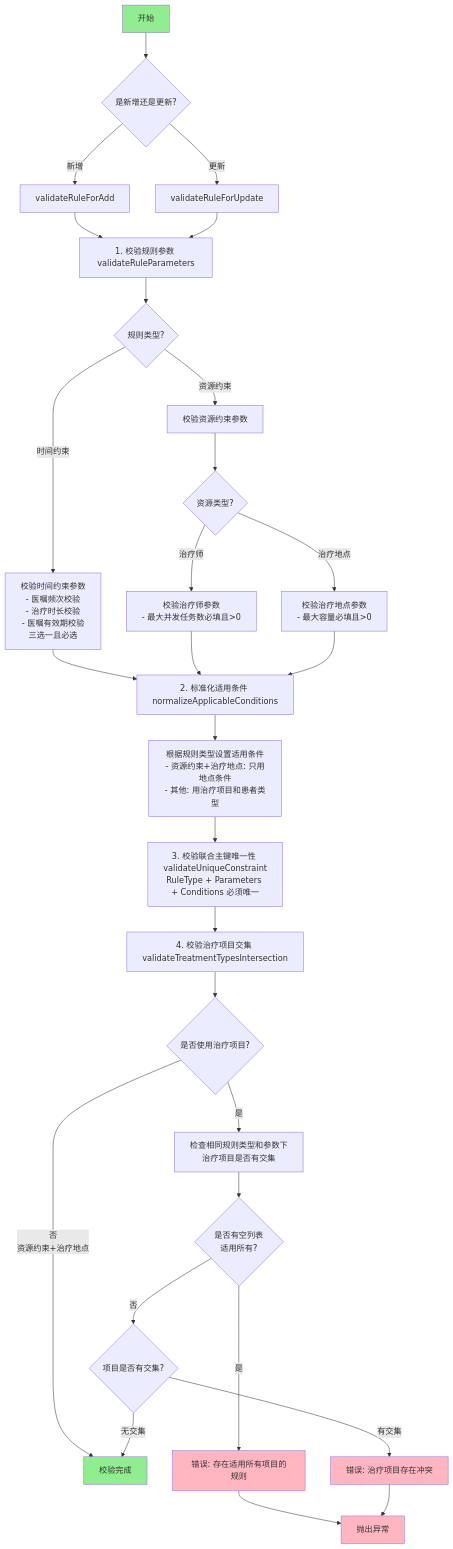
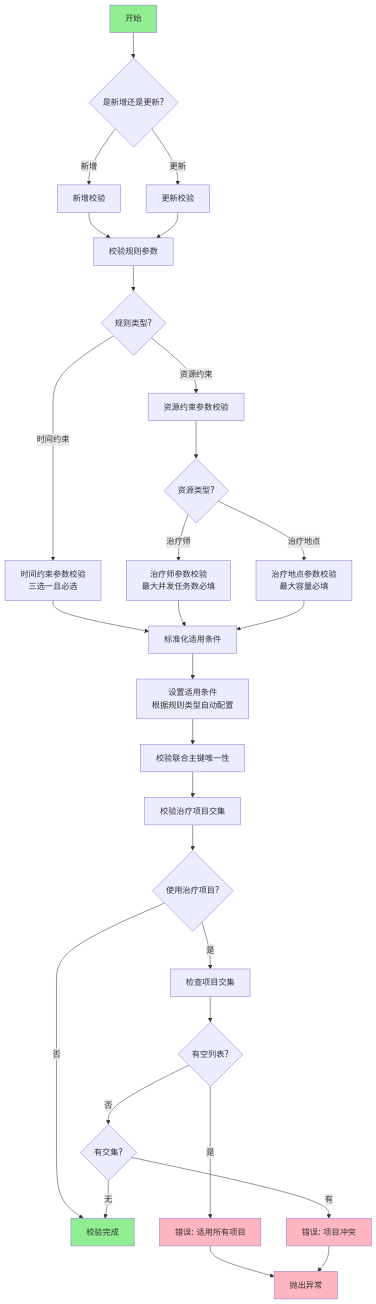
Before and after one commit to lplcccc/nextjs-boilerplate: the diagram in README.md, drawn with Mermaid.

````diff
--- a/README.md
+++ b/README.md
@@ -11,51 +11,51 @@
 ```mermaid
 graph TB
     Start[开始] --> CheckOperation{是新增还是更新?}
     
-    CheckOperation -->|新增| AddValidation[validateRuleForAdd]
-    CheckOperation -->|更新| UpdateValidation[validateRuleForUpdate]
+    CheckOperation -->|新增| AddValidation[新增校验]
+    CheckOperation -->|更新| UpdateValidation[更新校验]
     
-    AddValidation --> Step1[1. 校验规则参数 validateRuleParameters]
+    AddValidation --> Step1[校验规则参数]
     UpdateValidation --> Step1
     
     Step1 --> CheckRuleType{规则类型?}
     
-    CheckRuleType -->|时间约束| TimeValidation[校验时间约束参数<br/>- 医嘱频次校验<br/>- 治疗时长校验<br/>- 医嘱有效期校验<br/>三选一且必选]
+    CheckRuleType -->|时间约束| TimeValidation[时间约束参数校验<br/>三选一且必选]
     
-    CheckRuleType -->|资源约束| ResourceValidation[校验资源约束参数]
+    CheckRuleType -->|资源约束| ResourceValidation[资源约束参数校验]
     
     ResourceValidation --> CheckResourceType{资源类型?}
-    CheckResourceType -->|治疗师| TherapistValidation[校验治疗师参数<br/>- 最大并发任务数必填且>0]
-    CheckResourceType -->|治疗地点| LocationValidation[校验治疗地点参数<br/>- 最大容量必填且>0]
+    CheckResourceType -->|治疗师| TherapistValidation[治疗师参数校验<br/>最大并发任务数必填]
+    CheckResourceType -->|治疗地点| LocationValidation[治疗地点参数校验<br/>最大容量必填]
     
-    TimeValidation --> Step2[2. 标准化适用条件 normalizeApplicableConditions]
+    TimeValidation --> Step2[标准化适用条件]
     TherapistValidation --> Step2
     LocationValidation --> Step2
     
-    Step2 --> NormalizeConditions[根据规则类型设置适用条件<br/>- 资源约束+治疗地点: 只用地点条件<br/>- 其他: 用治疗项目和患者类型]
+    Step2 --> NormalizeConditions[设置适用条件<br/>根据规则类型自动配置]
     
-    NormalizeConditions --> Step3[3. 校验联合主键唯一性 validateUniqueConstraint<br/>RuleType + Parameters + Conditions 必须唯一]
+    NormalizeConditions --> Step3[校验联合主键唯一性]
     
-    Step3 --> Step4[4. 校验治疗项目交集 validateTreatmentTypesIntersection]
+    Step3 --> Step4[校验治疗项目交集]
     
-    Step4 --> CheckUseTreatment{是否使用治疗项目?}
+    Step4 --> CheckUseTreatment{使用治疗项目?}
     
-    CheckUseTreatment -->|否<br/>资源约束+治疗地点| End[校验完成]
-    CheckUseTreatment -->|是| CheckIntersection[检查相同规则类型和参数下<br/>治疗项目是否有交集]
+    CheckUseTreatment -->|否| End[校验完成]
+    CheckUseTreatment -->|是| CheckIntersection[检查项目交集]
     
-    CheckIntersection --> CheckEmpty{是否有空列表<br/>适用所有?}
-    CheckEmpty -->|是| Error1[错误: 存在适用所有项目的规则]
-    CheckEmpty -->|否| CheckOverlap{项目是否有交集?}
+    CheckIntersection --> CheckEmpty{有空列表?}
+    CheckEmpty -->|是| Error1[错误: 适用所有项目]
+    CheckEmpty -->|否| CheckOverlap{有交集?}
     
-    CheckOverlap -->|有交集| Error2[错误: 治疗项目存在冲突]
-    CheckOverlap -->|无交集| End
+    CheckOverlap -->|有| Error2[错误: 项目冲突]
+    CheckOverlap -->|无| End
     
     Error1 --> ThrowException[抛出异常]
     Error2 --> ThrowException
     
     style Start fill:#90EE90
     style End fill:#90EE90
     style Error1 fill:#FFB6C1
     style Error2 fill:#FFB6C1
     style ThrowException fill:#FFB6C1
 ```
````
